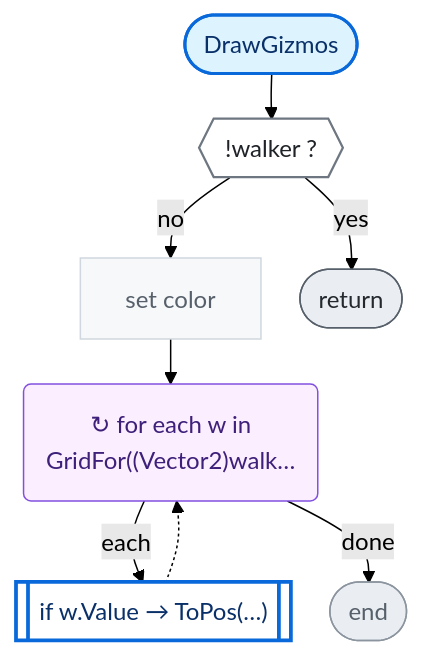
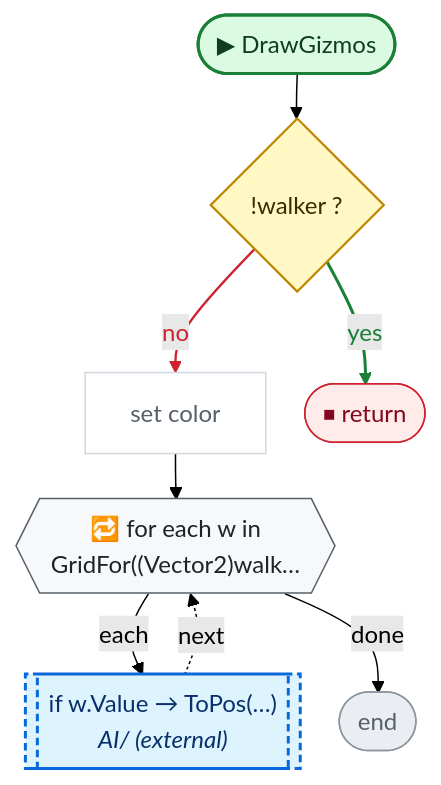
Diagram 13 of 14 in CodeGraph~/graph/AI/PathFinding.cs.md (nataiai/Lord-of-the-Dungeon), drawn with Mermaid (forest theme) before and after one commit. The commit also changed other lines of this file and 44 other files, not shown here.

````diff
--- a/CodeGraph~/graph/AI/PathFinding.cs.md
+++ b/CodeGraph~/graph/AI/PathFinding.cs.md
@@ -738,41 +803,47 @@
 ```mermaid
 ---
 config:
   flowchart:
     wrappingWidth: 260
     nodeSpacing: 26
     rankSpacing: 30
 ---
 flowchart TD
-  nS(["DrawGizmos"])
-  n10049c{{"!walker ?"}}
+  nS(["▶ DrawGizmos"])
+  n10049c{"!walker ?"}
   nb476f3["set color"]
-  ne9bfda("  ↻ for each w in<br>GridFor((Vector2)walk…  ")
-  nbc8e7f[["if w.Value → ToPos(…)"]]
+  ne9bfda{{"🔁 for each w in<br>GridFor((Vector2)walk…"}}
+  nbc8e7f[["if w.Value → ToPos(…)<br><i>AI/ (external)</i>"]]
   nE(["end"])
-  nb2e4fc(["return"])
+  nb2e4fc(["⏹ return"])
   nS --> n10049c
   n10049c -->|no| nb476f3
   n10049c -->|yes| nb2e4fc
   nb476f3 --> ne9bfda
   ne9bfda -->|each| nbc8e7f
-  nbc8e7f -.-> ne9bfda
+  nbc8e7f -.->|next| ne9bfda
   ne9bfda -->|done| nE
-  classDef unity fill:#fff1c2,stroke:#9a6700,stroke-width:2px,color:#3b2300
-  classDef start fill:#ddf4ff,stroke:#0969da,stroke-width:2px,color:#0a3069
-  classDef calc fill:#f6f8fa,stroke:#d0d7de,color:#57606a
-  classDef calls fill:#ffffff,stroke:#0969da,stroke-width:2.5px,color:#0a3069
-  classDef cond fill:#ffffff,stroke:#6e7781,stroke-width:1.5px,color:#1f2328
-  classDef loop fill:#fbefff,stroke:#8250df,color:#3e1f79
-  classDef exit fill:#eaeef2,stroke:#57606a,color:#24292f
-  classDef wait fill:#fff8f0,stroke:#bc4c00,color:#4d1d00
+  linkStyle 1 stroke:#cf222e,stroke-width:1.5px,color:#cf222e
+  linkStyle 2 stroke:#1a7f37,stroke-width:2px,color:#1a7f37
+  classDef unity fill:#dafbe1,stroke:#1a7f37,stroke-width:2px,color:#0f3d1d
+  classDef start fill:#dafbe1,stroke:#1a7f37,stroke-width:2px,color:#0f3d1d
+  classDef calc fill:#ffffff,stroke:#d0d7de,color:#57606a
+  classDef calls fill:#ddf4ff,stroke:#0969da,stroke-width:2px,color:#0a3069
+  classDef ext fill:#ddf4ff,stroke:#0969da,stroke-width:2px,stroke-dasharray:5 3,color:#0a3069
+  classDef cond fill:#fff8c5,stroke:#bf8700,stroke-width:1.5px,color:#3d2a00
+  classDef loop fill:#f6f8fa,stroke:#57606a,color:#1f2328
+  classDef exit fill:#ffebe9,stroke:#cf222e,color:#82071e
+  classDef kill fill:#ffebe9,stroke:#cf222e,stroke-width:2px,color:#82071e
+  classDef spawn fill:#dafbe1,stroke:#1a7f37,stroke-width:2px,color:#0f3d1d
+  classDef wait fill:#fff1e5,stroke:#bc4c00,color:#4d1d00
   classDef fin fill:#eaeef2,stroke:#8c959f,color:#57606a
   classDef join fill:#d0d7de,stroke:#8c959f,color:#57606a
+  classDef ghdr fill:#f5f9ff,stroke:#f5f9ff,color:#0a3069,font-weight:bold
   class nb476f3 calc
-  class nbc8e7f calls
   class n10049c cond
   class nb2e4fc exit
+  class nbc8e7f ext
   class nE fin
   class ne9bfda loop
   class nS start
 ```
````
